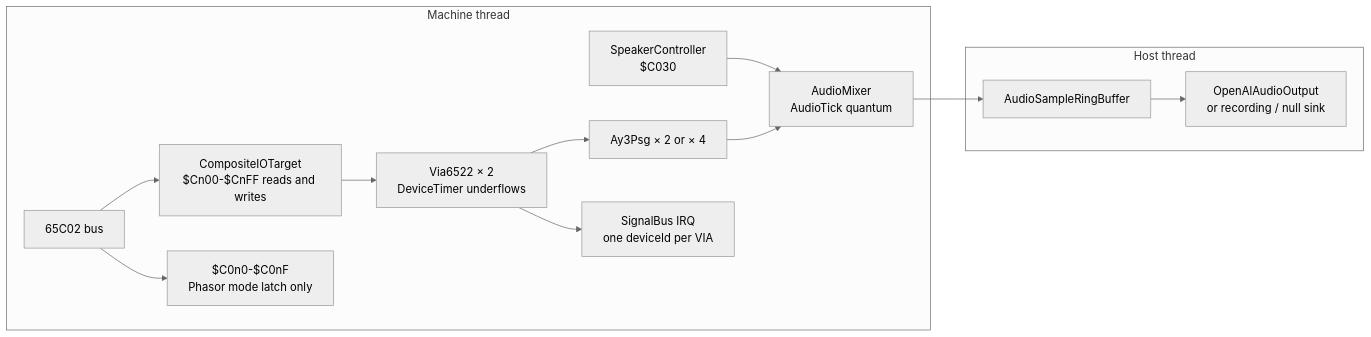
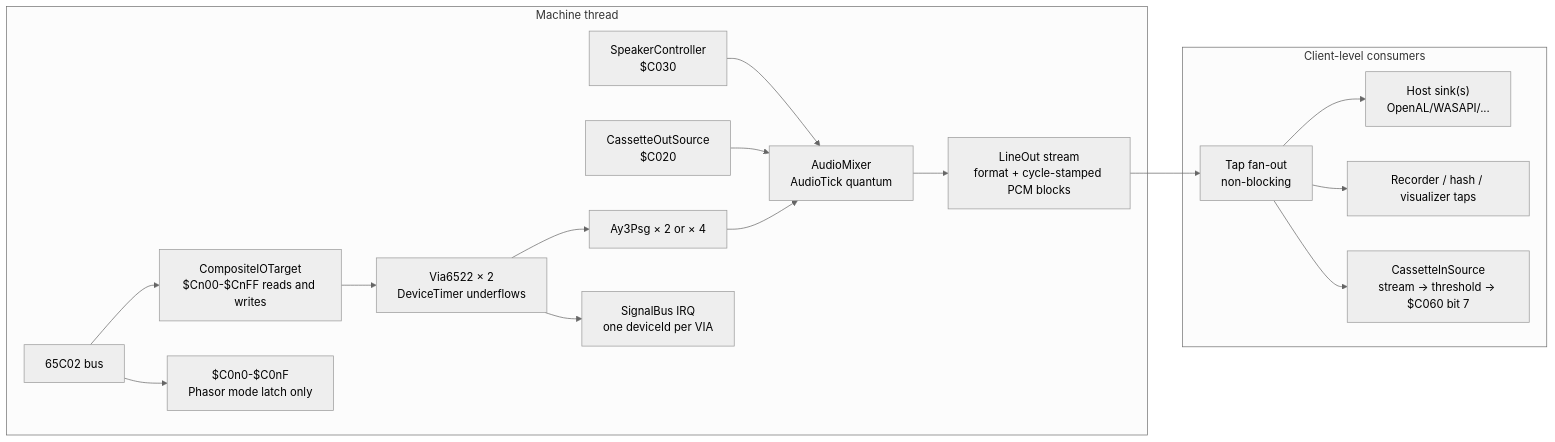
Before and after one commit to Bad-Mango-Solutions/back-pocket-emulator: the diagram in specs/Sound Card Specification.md, drawn with Mermaid (neutral theme). The commit also changed other lines of this file, not shown here.

Commit message:
Update sound card spec for host-independent line-out and taps

````diff
--- a/specs/Sound Card Specification.md
+++ b/specs/Sound Card Specification.md
@@ -95,26 +97,34 @@
 ```mermaid
 flowchart LR
   subgraph Hot["Machine thread"]
     CPU["65C02 bus"]
     CX["CompositeIOTarget<br/>$Cn00-$CnFF reads and writes"]
     DEV["$C0n0-$C0nF<br/>Phasor mode latch only"]
     VIA["Via6522 × 2<br/>DeviceTimer underflows"]
     AY["Ay3Psg × 2 or × 4"]
     SPK["SpeakerController<br/>$C030"]
+    CASO["CassetteOutSource<br/>$C020"]
     MIX["AudioMixer<br/>AudioTick quantum"]
+    LINE["LineOut stream<br/>format + cycle-stamped PCM blocks"]
     SIG["SignalBus IRQ<br/>one deviceId per VIA"]
   end
 
-  subgraph Host["Host thread"]
-    RING["AudioSampleRingBuffer"]
-    OAL["OpenAlAudioOutput<br/>or recording / null sink"]
+  subgraph Client["Client-level consumers"]
+    TAPS["Tap fan-out<br/>non-blocking"]
+    SINK["Host sink(s)<br/>OpenAL/WASAPI/..."]
+    REC["Recorder / hash / visualizer taps"]
+    CASI["CassetteInSource<br/>stream -> threshold -> $C060 bit 7"]
   end
 
   CPU --> CX --> VIA
   CPU --> DEV
   VIA --> AY
   VIA --> SIG
   SPK --> MIX
+  CASO --> MIX
   AY --> MIX
-  MIX --> RING --> OAL
+  MIX --> LINE --> TAPS
+  TAPS --> SINK
+  TAPS --> REC
+  TAPS --> CASI
 ```
````
